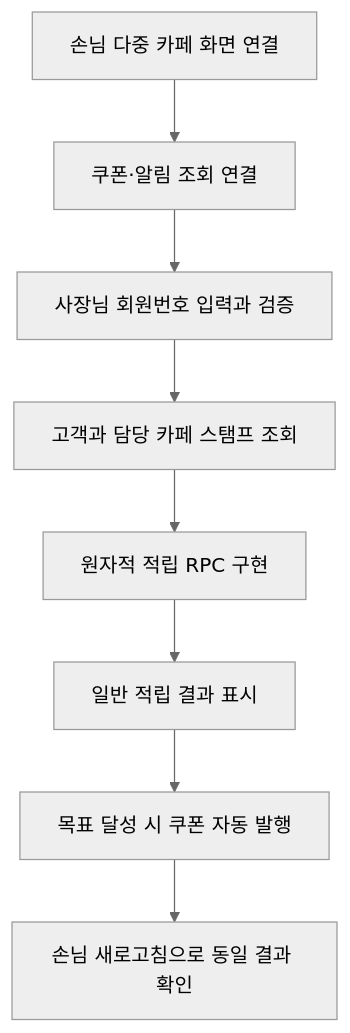
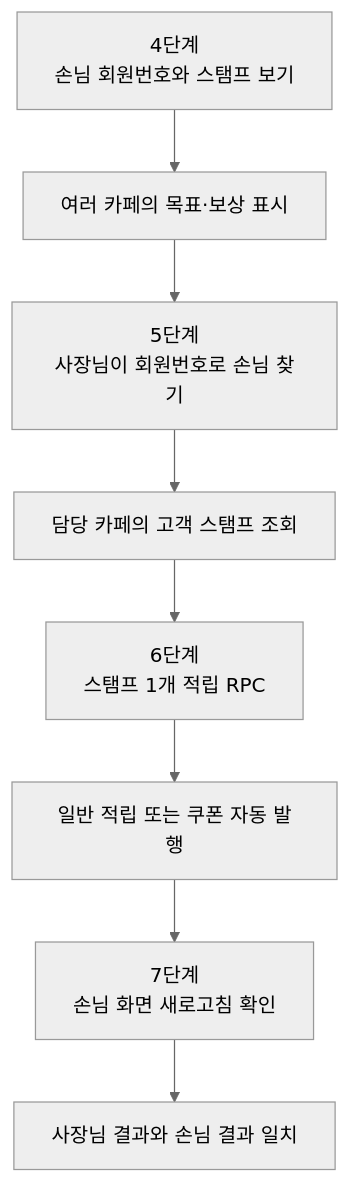
The seventh of 12 diagrams in docs/beginner-development-roadmap.md (Mureung1/hub-showcase), drawn with Mermaid (neutral theme) before and after one commit. The commit also changed other lines of this file and 6 other files, not shown here.

Commit message:
docs(plan): MVP 개발 계획과 구조 다이어그램 정리

````diff
--- a/docs/beginner-development-roadmap.md
+++ b/docs/beginner-development-roadmap.md
@@ -149,10 +173,10 @@
 ```mermaid
 flowchart TD
-    A["손님 다중 카페 화면 연결"] --> B["쿠폰·알림 조회 연결"]
-    B --> C["사장님 회원번호 입력과 검증"]
-    C --> D["고객과 담당 카페 스탬프 조회"]
-    D --> E["원자적 적립 RPC 구현"]
-    E --> F["일반 적립 결과 표시"]
-    F --> G["목표 달성 시 쿠폰 자동 발행"]
-    G --> H["손님 새로고침으로 동일 결과 확인"]
+    A["4단계<br/>손님 회원번호와 스탬프 보기"] --> B["여러 카페의 목표·보상 표시"]
+    B --> C["5단계<br/>사장님이 회원번호로 손님 찾기"]
+    C --> D["담당 카페의 고객 스탬프 조회"]
+    D --> E["6단계<br/>스탬프 1개 적립 RPC"]
+    E --> F["일반 적립 또는 쿠폰 자동 발행"]
+    F --> G["7단계<br/>손님 화면 새로고침 확인"]
+    G --> H["사장님 결과와 손님 결과 일치"]
 ```
````
